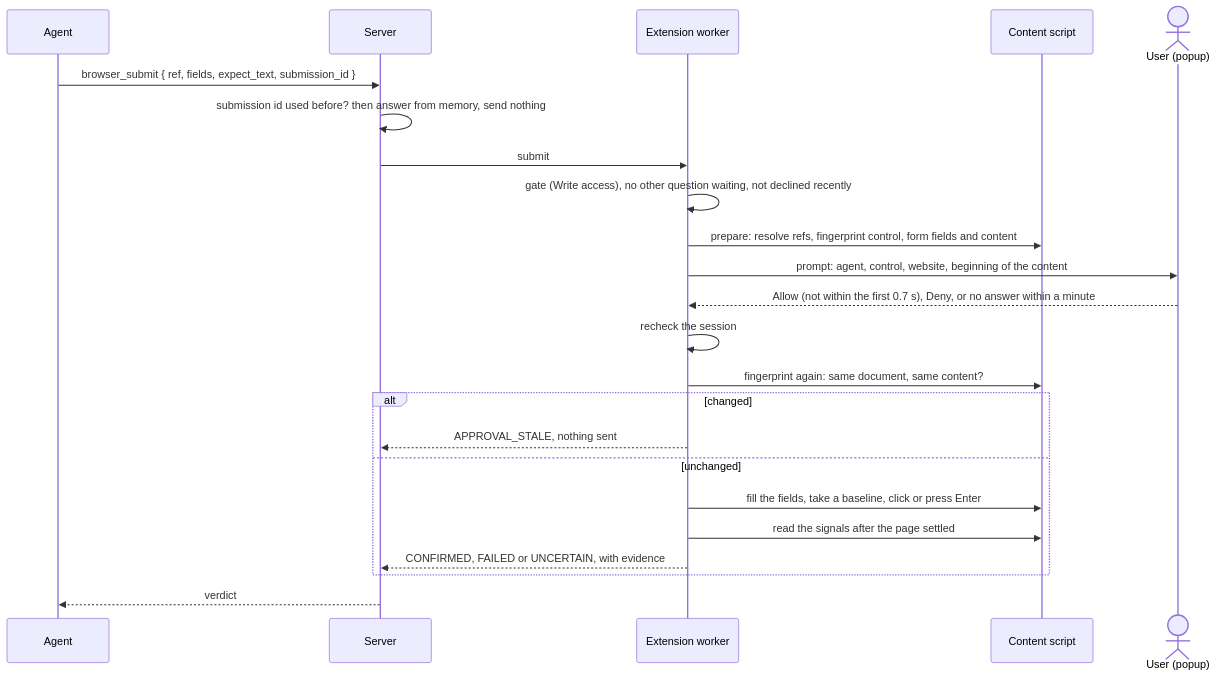
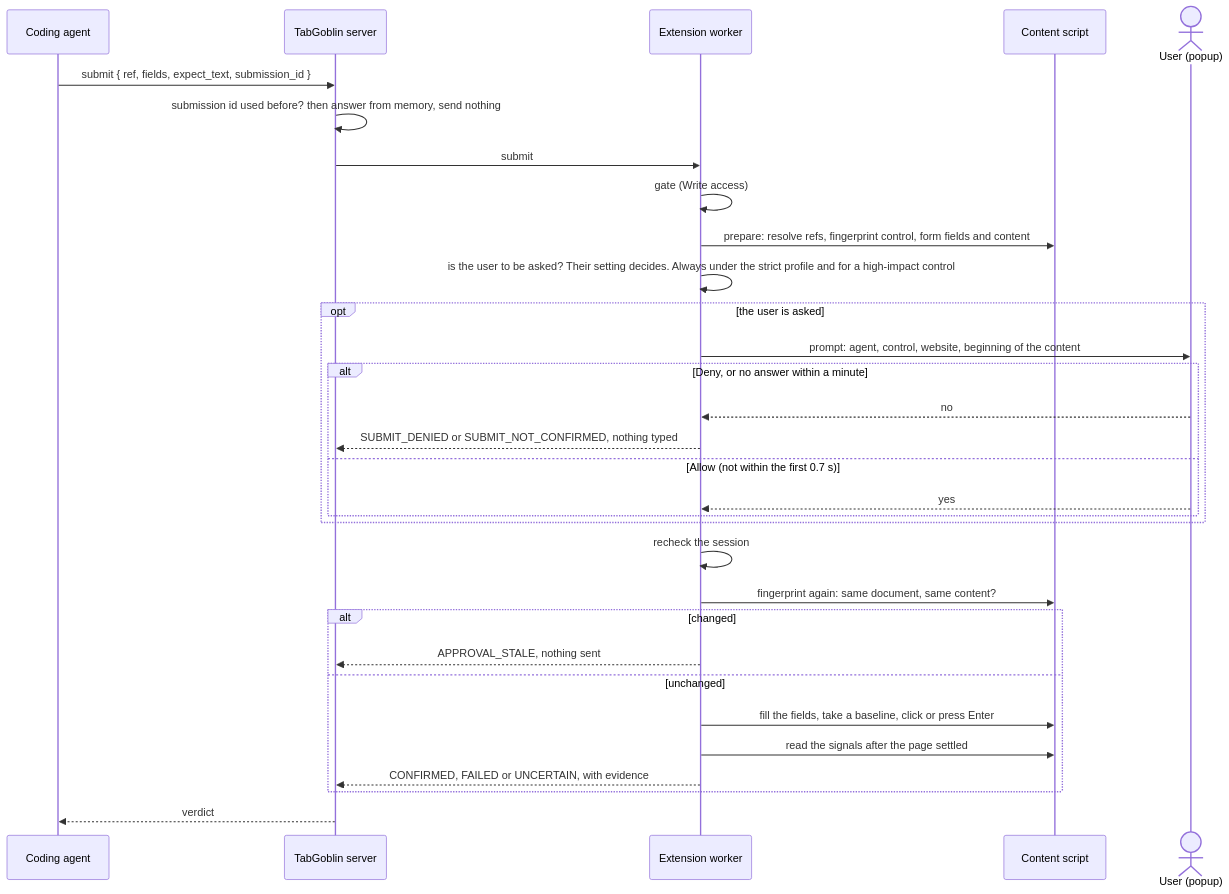
Before and after one commit to LaughingManCommits/TabGoblin: the fifth of 7 diagrams in docs/architecture.md, drawn with Mermaid. The commit also changed other lines of this file and 7 other files, not shown here.

First line of the commit message:
The diagrams redrawn: one concept each, the same names, CLI and MCP side by side

````diff
--- a/docs/architecture.md
+++ b/docs/architecture.md
@@ -359,25 +360,33 @@
 ```mermaid
 sequenceDiagram
-  participant A as Agent
-  participant S as Server
+  participant A as Coding agent
+  participant S as TabGoblin server
   participant B as Extension worker
   participant P as Content script
   actor U as User (popup)
-  A->>S: browser_submit { ref, fields, expect_text, submission_id }
+  A->>S: submit { ref, fields, expect_text, submission_id }
   S->>S: submission id used before? then answer from memory, send nothing
   S->>B: submit
-  B->>B: gate (Write access), no other question waiting, not declined recently
+  B->>B: gate (Write access)
   B->>P: prepare: resolve refs, fingerprint control, form fields and content
-  B->>U: prompt: agent, control, website, beginning of the content
-  U-->>B: Allow (not within the first 0.7 s), Deny, or no answer within a minute
+  B->>B: is the user to be asked? Their setting decides. Always under the strict profile and for a high-impact control
+  opt the user is asked
+    B->>U: prompt: agent, control, website, beginning of the content
+    alt Deny, or no answer within a minute
+      U-->>B: no
+      B-->>S: SUBMIT_DENIED or SUBMIT_NOT_CONFIRMED, nothing typed
+    else Allow (not within the first 0.7 s)
+      U-->>B: yes
+    end
+  end
   B->>B: recheck the session
   B->>P: fingerprint again: same document, same content?
   alt changed
     B-->>S: APPROVAL_STALE, nothing sent
   else unchanged
     B->>P: fill the fields, take a baseline, click or press Enter
     B->>P: read the signals after the page settled
     B-->>S: CONFIRMED, FAILED or UNCERTAIN, with evidence
   end
   S-->>A: verdict
 ```
````
